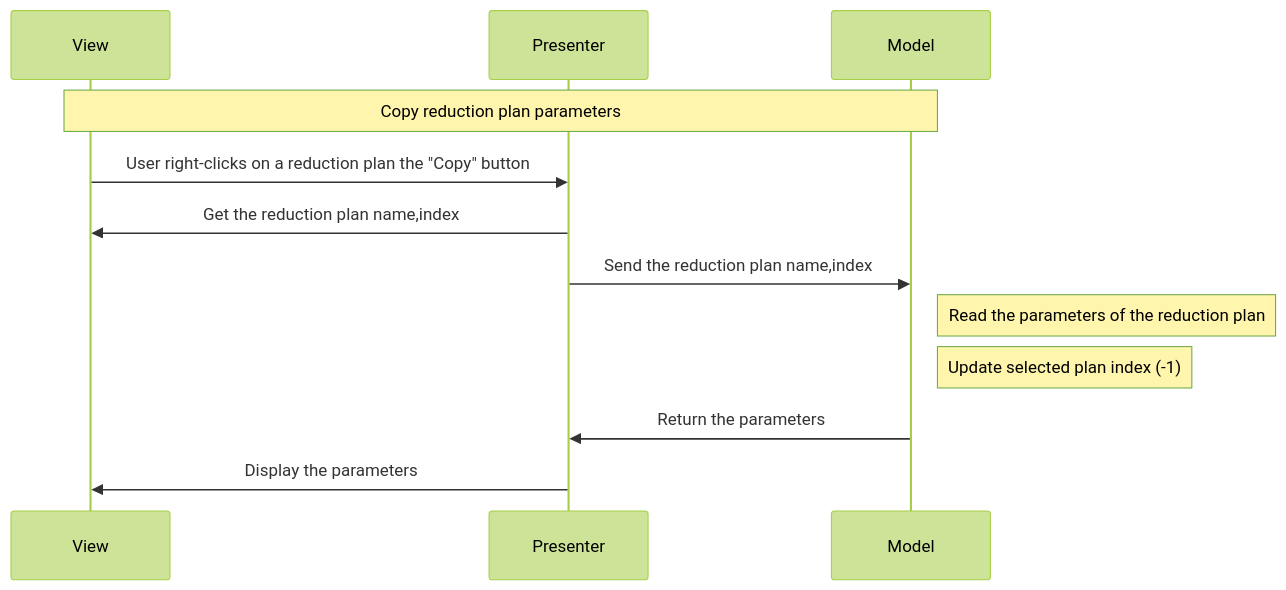
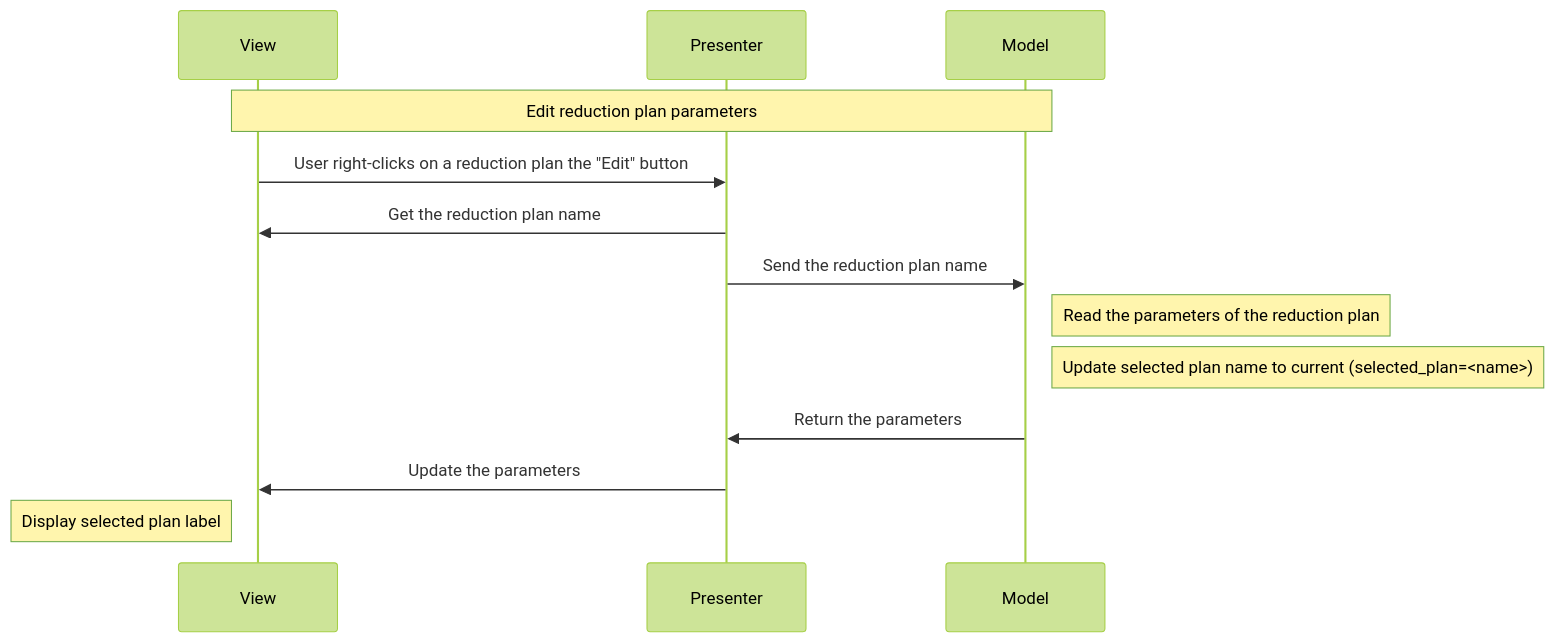
The tenth of 14 diagrams in docs/source/design/reduction_plan_mvp.rst (neutrons/garnet), drawn with Mermaid (forest theme) before and after one commit. The commit also changed other lines of this file and 4 other files, not shown here.

```diff
--- a/docs/source/design/reduction_plan_mvp.rst
+++ b/docs/source/design/reduction_plan_mvp.rst
@@ -330,15 +421,16 @@
-.. mermaid::
+    .. mermaid::
 
-    sequenceDiagram
-        participant View
-        participant Presenter
-        participant Model
+        sequenceDiagram
+            participant View
+            participant Presenter
+            participant Model
 
-        Note over View,Model: Copy reduction plan parameters
-        View->>Presenter: User right-clicks on a reduction plan the "Copy" button
-        Presenter->>View: Get the reduction plan name,index
-        Presenter->>Model: Send the reduction plan name,index
-        Note right of Model: Read the parameters of the reduction plan
-        Note right of Model: Update selected plan index (-1)
-        Model->>Presenter: Return the parameters
-        Presenter->>View: Display the parameters
+            Note over View,Model: Edit reduction plan parameters
+            View->>Presenter: User right-clicks on a reduction plan the "Edit" button
+            Presenter->>View: Get the reduction plan name
+            Presenter->>Model: Send the reduction plan name
+            Note right of Model: Read the parameters of the reduction plan
+            Note right of Model: Update selected plan name to current (selected_plan=<name>)
+            Model->>Presenter: Return the parameters
+            Presenter->>View: Update the parameters
+            Note left of View: Display selected plan label
```
